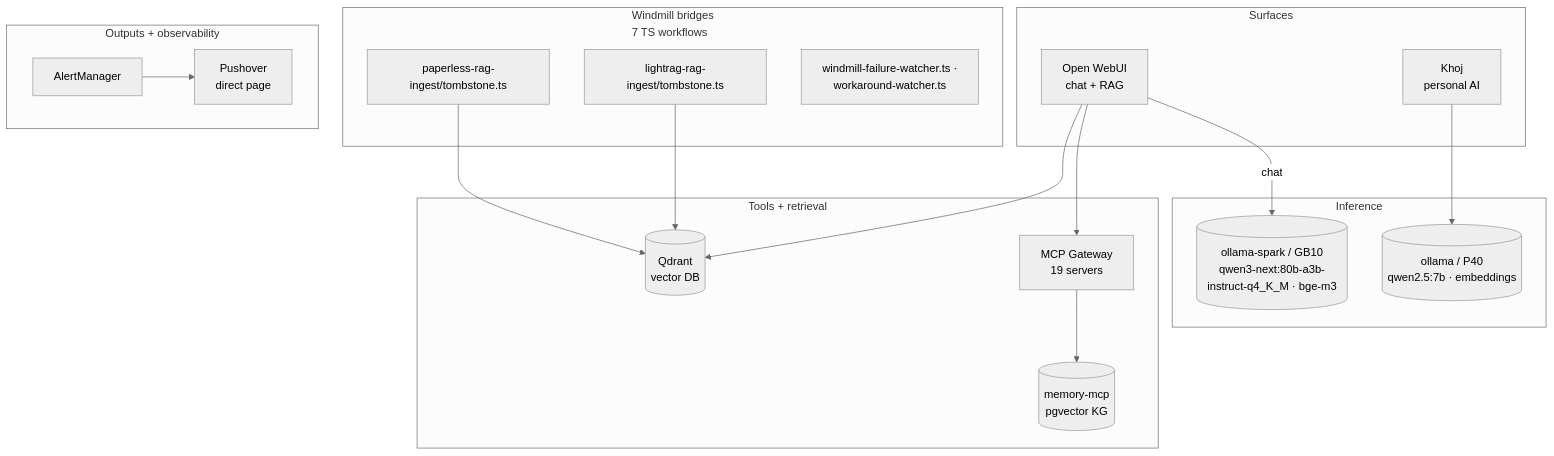
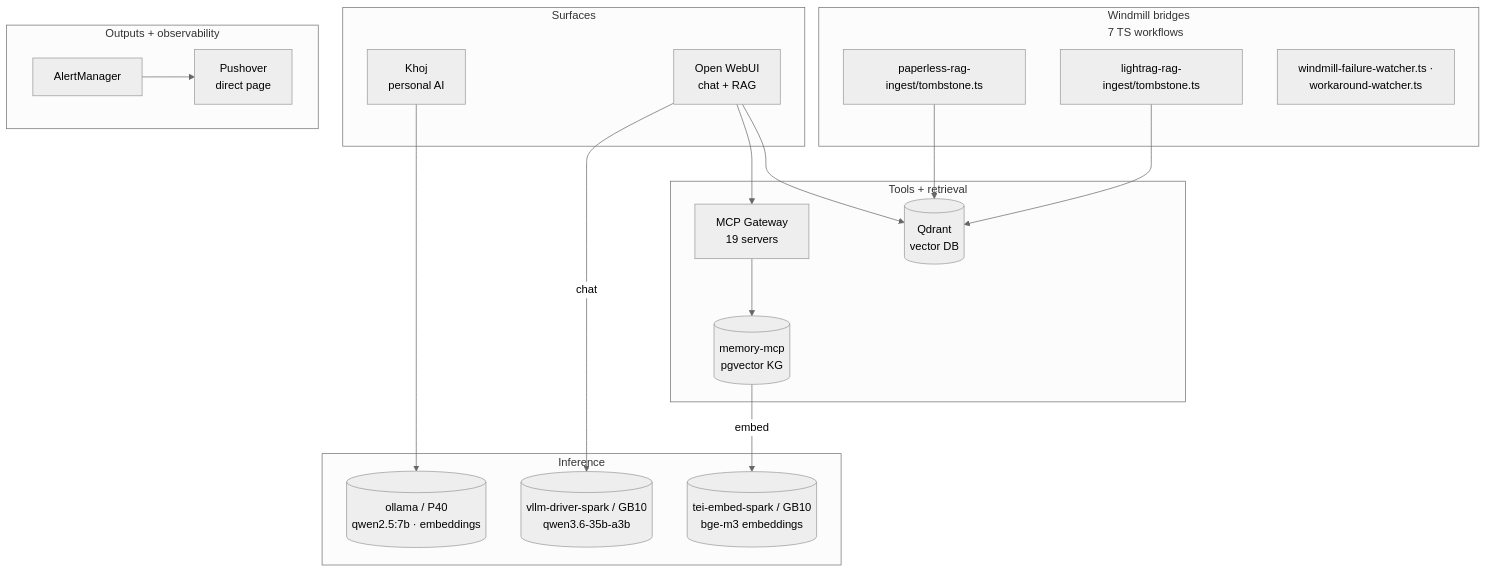
One commit to rwlove/home-ops changed the second of 2 diagrams in README.md. Above: the diagram before and after it, drawn with Mermaid (neutral theme). The commit also changed other lines of this file and 12 other files, not shown here.

````diff
--- a/README.md
+++ b/README.md
@@ -315,37 +316,39 @@
 ```mermaid
 flowchart TB
     subgraph Surfaces[Surfaces]
         OWUI[Open WebUI<br/>chat + RAG]
         Khoj[Khoj<br/>personal AI]
     end
 
     subgraph Bridges[Windmill bridges<br/>7 TS workflows]
         WPaperless[paperless-rag-ingest/tombstone.ts]
         WLightrag[lightrag-rag-ingest/tombstone.ts]
         WOther[windmill-failure-watcher.ts ·<br/>workaround-watcher.ts]
     end
 
     subgraph Inference[Inference]
         OllamaP40[(ollama / P40<br/>qwen2.5:7b · embeddings)]
-        OllamaSpark[(ollama-spark / GB10<br/>qwen3-next:80b-a3b-instruct-q4_K_M · bge-m3)]
+        VllmDriver[(vllm-driver-spark / GB10<br/>qwen3.6-35b-a3b)]
+        TeiEmbed[(tei-embed-spark / GB10<br/>bge-m3 embeddings)]
     end
 
     subgraph Tools[Tools + retrieval]
         Gw[MCP Gateway<br/>19 servers]
         Q[(Qdrant<br/>vector DB)]
         Mem[(memory-mcp<br/>pgvector KG)]
     end
 
     subgraph Outputs[Outputs + observability]
         AM[AlertManager]
         Push[Pushover<br/>direct page]
     end
 
-    OWUI -->|chat| OllamaSpark
+    OWUI -->|chat| VllmDriver
     OWUI --> Gw --> Mem
     OWUI --> Q
+    Mem -->|embed| TeiEmbed
     Khoj --> OllamaP40
     WPaperless --> Q
     WLightrag --> Q
     AM --> Push
 ```
````
